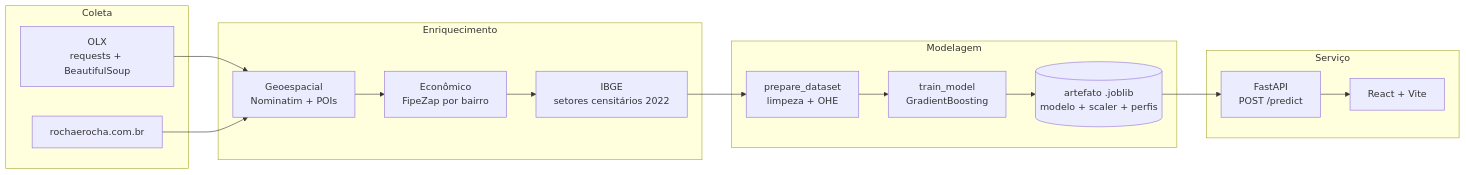
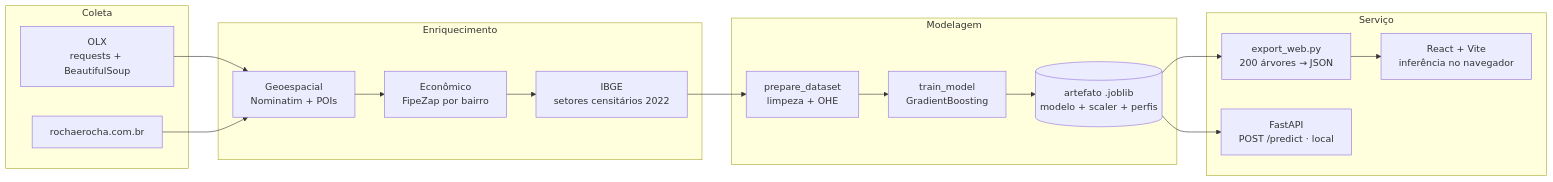
Before and after one commit to gutoportelaa/especulai: the diagram in README.md, drawn with Mermaid. The commit also changed other lines of this file and 3 other files, not shown here.

````diff
--- a/README.md
+++ b/README.md
@@ -197,24 +214,27 @@
 ```mermaid
 flowchart LR
     subgraph Coleta
         A[OLX<br/>requests + BeautifulSoup]
         A2[rochaerocha.com.br]
     end
     subgraph Enriquecimento
         B[Geoespacial<br/>Nominatim + POIs]
         C[Econômico<br/>FipeZap por bairro]
         D[IBGE<br/>setores censitários 2022]
     end
     subgraph Modelagem
         E[prepare_dataset<br/>limpeza + OHE]
         F[train_model<br/>GradientBoosting]
         G[(artefato .joblib<br/>modelo + scaler + perfis)]
     end
     subgraph Serviço
-        H[FastAPI<br/>POST /predict]
-        I[React + Vite]
+        H[export_web.py<br/>200 árvores → JSON]
+        I[React + Vite<br/>inferência no navegador]
+        J[FastAPI<br/>POST /predict · local]
     end
     A --> B
     A2 --> B
-    B --> C --> D --> E --> F --> G --> H --> I
+    B --> C --> D --> E --> F --> G
+    G --> H --> I
+    G --> J
 ```
````
